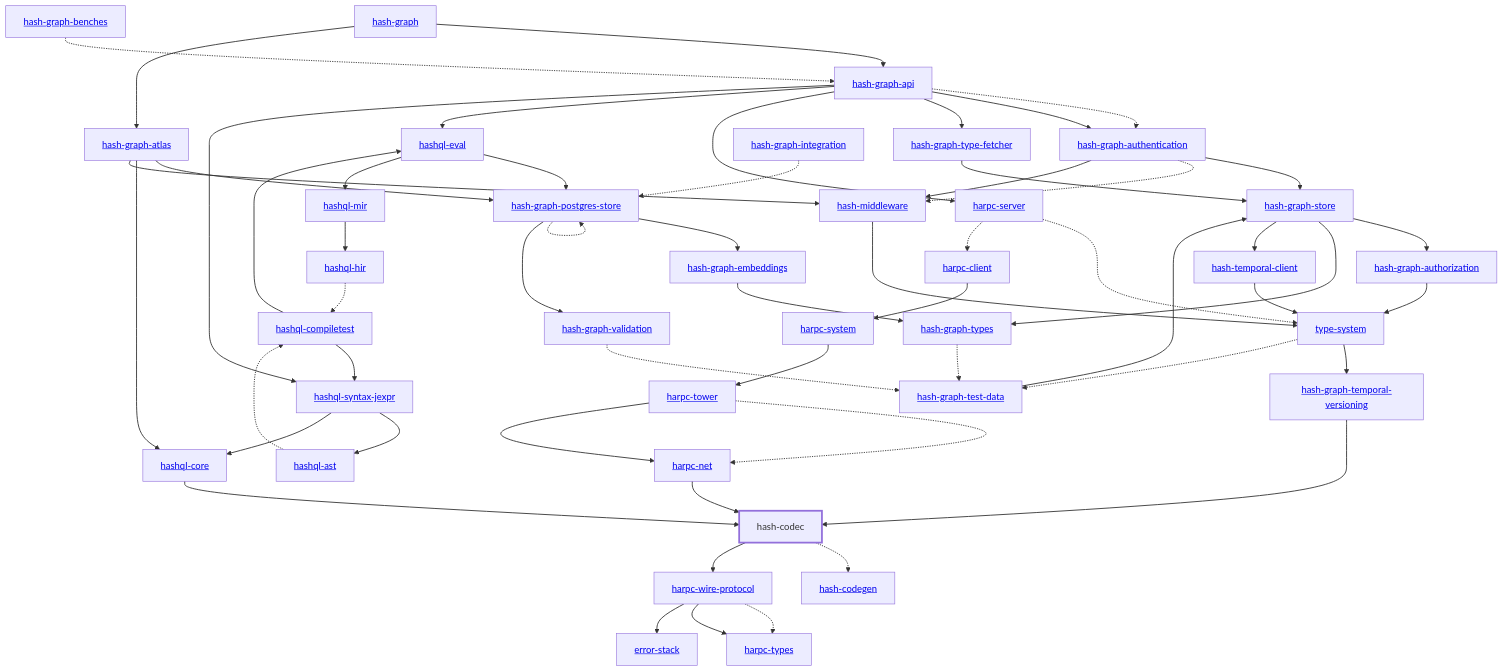
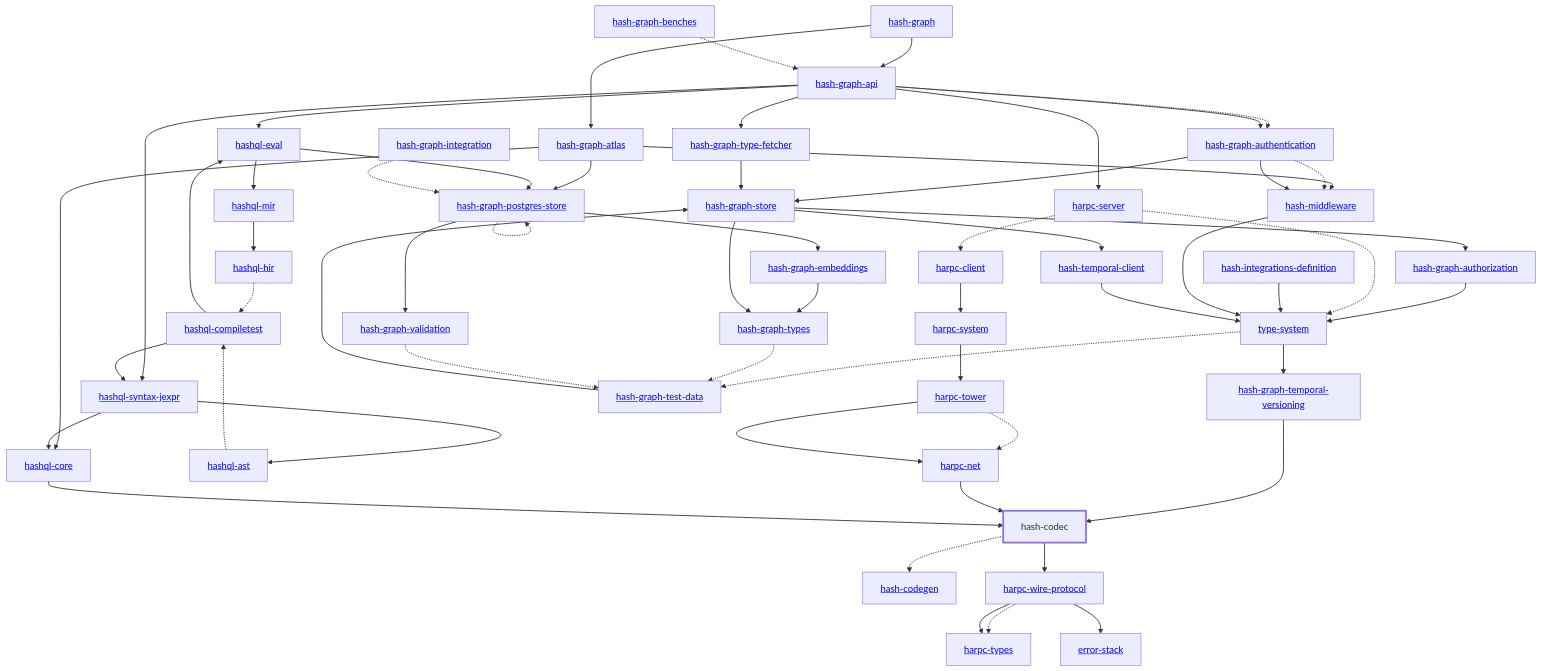
The diagram in libs/@local/codec/rust/docs/dependency-diagram.mmd (hashintel/hash), drawn with Mermaid before and after one commit. The commit also changed 21 other files, not shown here.

```diff
--- a/libs/@local/codec/rust/docs/dependency-diagram.mmd
+++ b/libs/@local/codec/rust/docs/dependency-diagram.mmd
@@ -1,101 +1,103 @@
 graph TD
     linkStyle default stroke-width:1.5px
     classDef default stroke-width:1px
     classDef root stroke-width:3px
     classDef dev stroke-width:1px
     classDef build stroke-width:1px
     %% Legend
     %% --> : Normal dependency
     %% -.-> : Dev dependency
     %% ---> : Build dependency
     0[<a href="../hash_graph/index.html">hash-graph</a>]
     1[<a href="../type_system/index.html">type-system</a>]
     2[hash-codec]
     class 2 root
     3[<a href="../hash_codegen/index.html">hash-codegen</a>]
     4[<a href="../hash_graph_api/index.html">hash-graph-api</a>]
     5[<a href="../hash_graph_atlas/index.html">hash-graph-atlas</a>]
     6[<a href="../hash_graph_authentication/index.html">hash-graph-authentication</a>]
     7[<a href="../hash_graph_authorization/index.html">hash-graph-authorization</a>]
     8[<a href="../hash_graph_embeddings/index.html">hash-graph-embeddings</a>]
     9[<a href="../hash_graph_postgres_store/index.html">hash-graph-postgres-store</a>]
     10[<a href="../hash_graph_store/index.html">hash-graph-store</a>]
     11[<a href="../hash_graph_temporal_versioning/index.html">hash-graph-temporal-versioning</a>]
     12[<a href="../hash_graph_type_fetcher/index.html">hash-graph-type-fetcher</a>]
     13[<a href="../hash_graph_types/index.html">hash-graph-types</a>]
     14[<a href="../hash_graph_validation/index.html">hash-graph-validation</a>]
     15[<a href="../harpc_client/index.html">harpc-client</a>]
     16[<a href="../harpc_net/index.html">harpc-net</a>]
     17[<a href="../harpc_server/index.html">harpc-server</a>]
     18[<a href="../harpc_system/index.html">harpc-system</a>]
     19[<a href="../harpc_tower/index.html">harpc-tower</a>]
     20[<a href="../harpc_types/index.html">harpc-types</a>]
     21[<a href="../harpc_wire_protocol/index.html">harpc-wire-protocol</a>]
     22[<a href="../hashql_ast/index.html">hashql-ast</a>]
     23[<a href="../hashql_compiletest/index.html">hashql-compiletest</a>]
     24[<a href="../hashql_core/index.html">hashql-core</a>]
     25[<a href="../hashql_eval/index.html">hashql-eval</a>]
     26[<a href="../hashql_hir/index.html">hashql-hir</a>]
     27[<a href="../hashql_mir/index.html">hashql-mir</a>]
     28[<a href="../hashql_syntax_jexpr/index.html">hashql-syntax-jexpr</a>]
-    29[<a href="../hash_middleware/index.html">hash-middleware</a>]
-    30[<a href="../hash_temporal_client/index.html">hash-temporal-client</a>]
-    31[<a href="../error_stack/index.html">error-stack</a>]
-    32[<a href="../hash_graph_benches/index.html">hash-graph-benches</a>]
-    33[<a href="../hash_graph_integration/index.html">hash-graph-integration</a>]
-    34[<a href="../hash_graph_test_data/index.html">hash-graph-test-data</a>]
+    29[<a href="../hash_integrations_definition/index.html">hash-integrations-definition</a>]
+    30[<a href="../hash_middleware/index.html">hash-middleware</a>]
+    31[<a href="../hash_temporal_client/index.html">hash-temporal-client</a>]
+    32[<a href="../error_stack/index.html">error-stack</a>]
+    33[<a href="../hash_graph_benches/index.html">hash-graph-benches</a>]
+    34[<a href="../hash_graph_integration/index.html">hash-graph-integration</a>]
+    35[<a href="../hash_graph_test_data/index.html">hash-graph-test-data</a>]
     0 --> 4
     0 --> 5
     1 --> 11
-    1 -.-> 34
+    1 -.-> 35
     2 -.-> 3
     2 --> 21
     4 -.-> 6
     4 --> 6
     4 --> 12
     4 --> 17
     4 --> 25
     4 --> 28
     5 --> 9
     5 --> 24
-    5 --> 29
+    5 --> 30
     6 --> 10
-    6 -.-> 29
-    6 --> 29
+    6 -.-> 30
+    6 --> 30
     7 --> 1
     8 --> 13
     9 --> 8
     9 -.-> 9
     9 --> 14
     10 --> 7
     10 --> 13
-    10 --> 30
+    10 --> 31
     11 --> 2
     12 --> 10
-    13 -.-> 34
-    14 -.-> 34
+    13 -.-> 35
+    14 -.-> 35
     15 --> 18
     16 --> 2
     17 -.-> 1
     17 -.-> 15
     18 --> 19
     19 -.-> 16
     19 --> 16
     21 -.-> 20
     21 --> 20
-    21 --> 31
+    21 --> 32
     22 -.-> 23
     23 --> 25
     23 --> 28
     24 --> 2
     25 --> 9
     25 --> 27
     26 -.-> 23
     27 --> 26
     28 --> 22
     28 --> 24
     29 --> 1
     30 --> 1
-    32 -.-> 4
-    33 -.-> 9
-    34 --> 10
+    31 --> 1
+    33 -.-> 4
+    34 -.-> 9
+    35 --> 10
```
